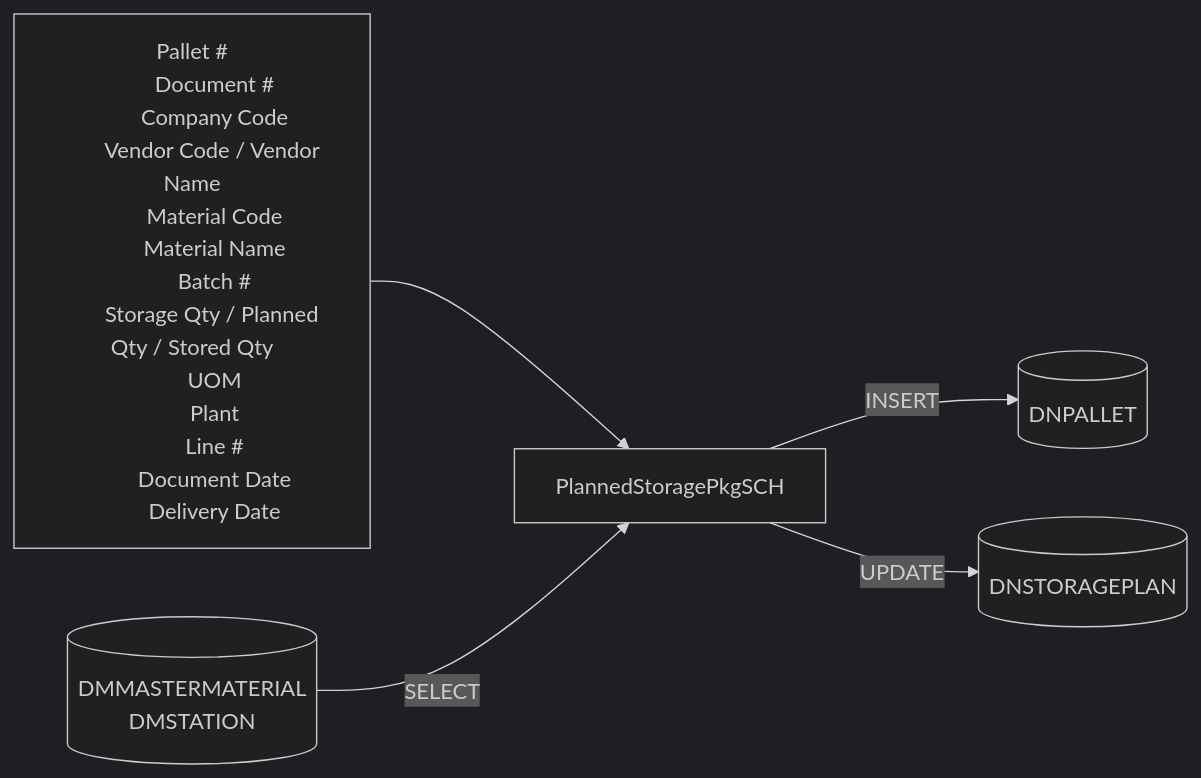
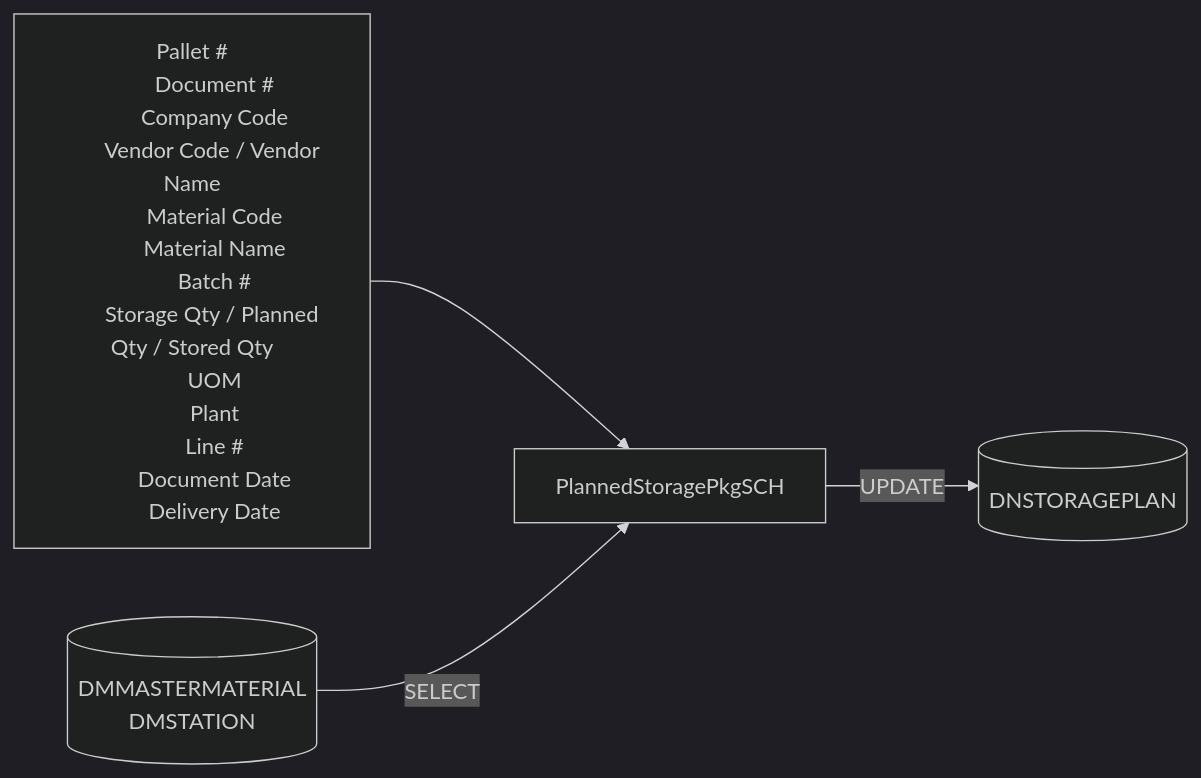
The second of 2 diagrams in Basic-Design/DFD-WMS/Storage/Planned-Storage-Packaging-Material.md (luthfiadityaa/SimeDarby-Wiki), drawn with Mermaid (dark theme) before and after one commit.

Commit message:
Updated Planned Storage Packaging Material

```diff
--- a/Basic-Design/DFD-WMS/Storage/Planned-Storage-Packaging-Material.md
+++ b/Basic-Design/DFD-WMS/Storage/Planned-Storage-Packaging-Material.md
@@ -100,37 +100,33 @@
 ::: mermaid
 flowchart LR
     input[
         Pallet #
         Document #
         Company Code
         Vendor Code / Vendor Name
         Material Code
         Material Name
         Batch #
         Storage Qty / Planned Qty / Stored Qty
         UOM
         Plant
         Line #
         Document Date
         Delivery Date
     ]
 
     tableList-select[("
         DMMASTERMATERIAL
         DMSTATION
     ")]
 
     tableList-update[("
         DNSTORAGEPLAN
     ")]
 
-    tableList-insert[("
-        DNPALLET
-    ")]
-
     className[PlannedStoragePkgSCH]
 
-    input --> className--> |INSERT| tableList-insert
-    tableList-select-->|SELECT |className --> |UPDATE| tableList-update
+    input --> className--> |UPDATE| tableList-update
+    tableList-select--> |SELECT| className 
 
 :::
```
